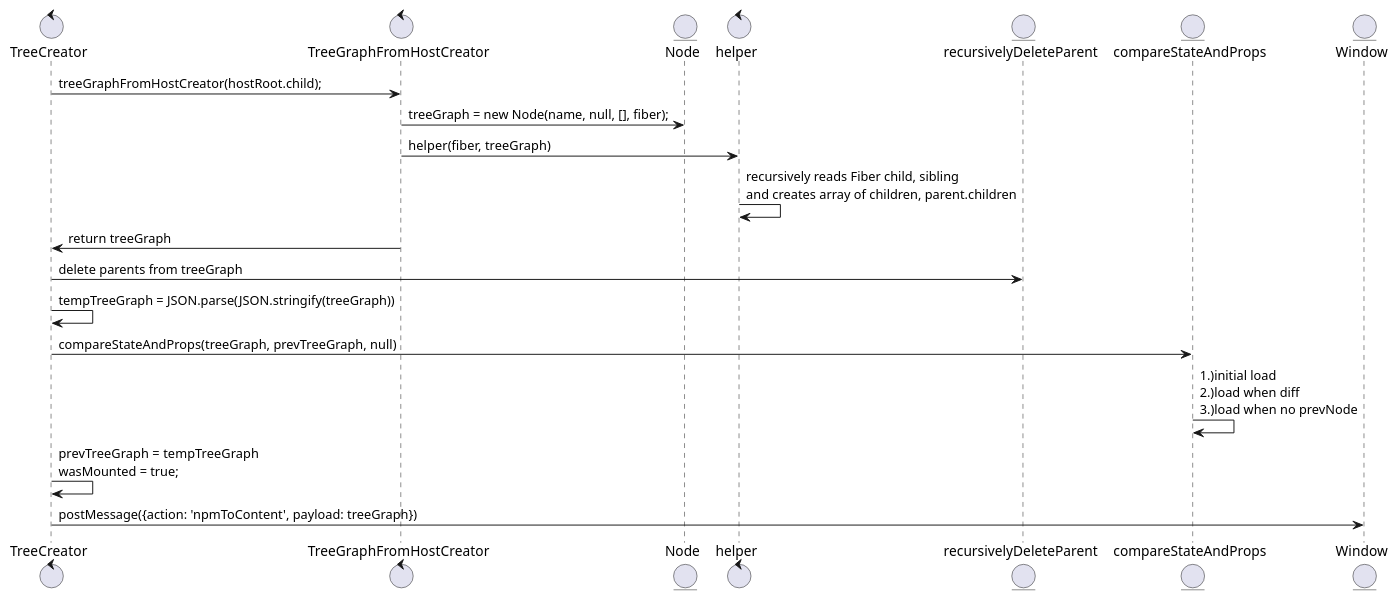
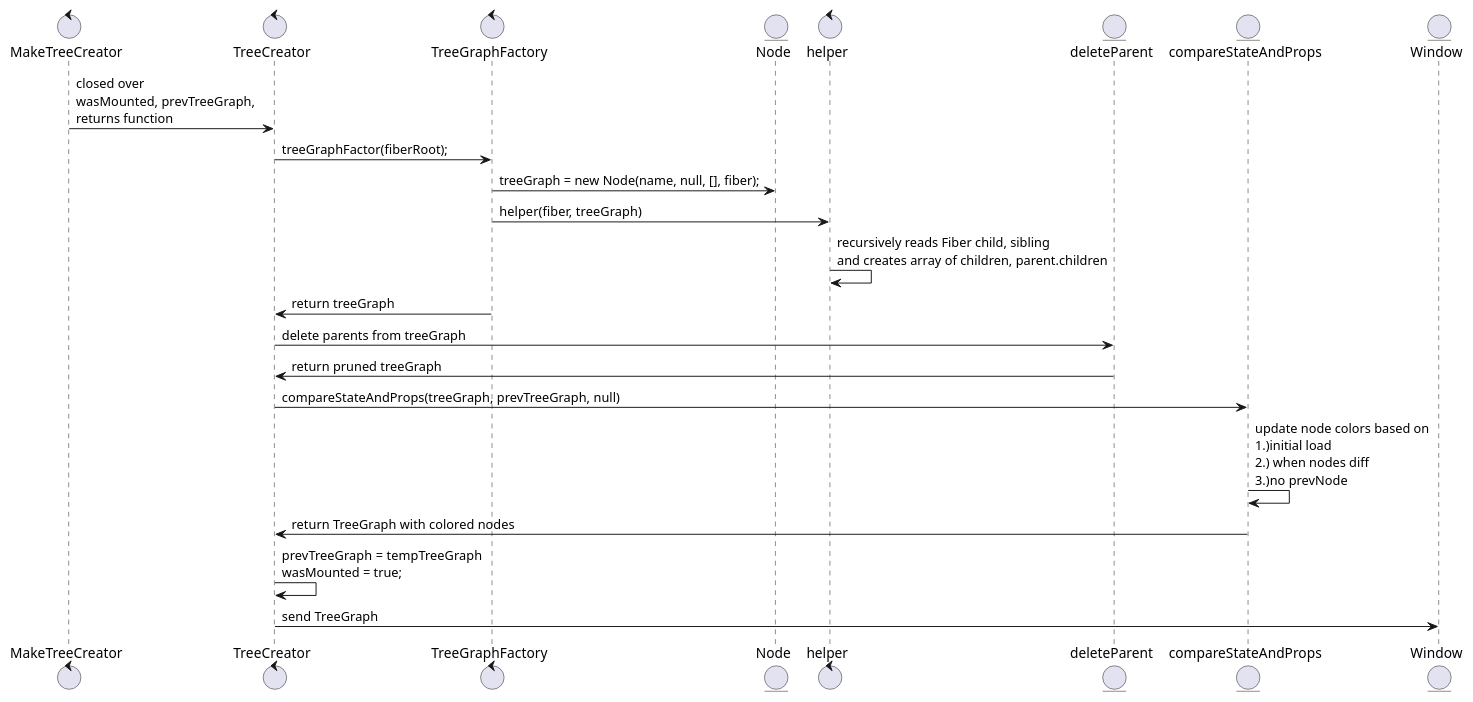
One commit to oslabs-beta/ReactMonitor changed the diagram in uml/treeCreator.plantuml. Above: the diagram before and after it, drawn with PlantUML. The commit also changed 7 other files, not shown here.

Commit message:
updated uml docs and removed console logs.

```diff
--- a/uml/treeCreator.plantuml
+++ b/uml/treeCreator.plantuml
@@ -1,23 +1,25 @@
 @startuml treeCreatorUML
-                                 
+
+control MakeTreeCreator                             
 control TreeCreator           
-control TreeGraphFromHostCreator  
+control TreeGraphFactory  
 entity Node  
 control helper
-entity recursivelyDeleteParent
+entity deleteParent
 entity compareStateAndProps
 entity Window
 
-
-TreeCreator -> TreeGraphFromHostCreator : treeGraphFromHostCreator(hostRoot.child);
-TreeGraphFromHostCreator -> Node : treeGraph = new Node(name, null, [], fiber);
-TreeGraphFromHostCreator -> helper: helper(fiber, treeGraph)
+MakeTreeCreator -> TreeCreator : closed over \nwasMounted, prevTreeGraph, \nreturns function 
+TreeCreator -> TreeGraphFactory : treeGraphFactor(fiberRoot);
+TreeGraphFactory -> Node : treeGraph = new Node(name, null, [], fiber);
+TreeGraphFactory -> helper: helper(fiber, treeGraph)
 helper -> helper: recursively reads Fiber child, sibling \nand creates array of children, parent.children
-TreeCreator <- TreeGraphFromHostCreator: return treeGraph
-TreeCreator -> recursivelyDeleteParent: delete parents from treeGraph
-TreeCreator -> TreeCreator: tempTreeGraph = JSON.parse(JSON.stringify(treeGraph))
+TreeCreator <- TreeGraphFactory: return treeGraph
+TreeCreator -> deleteParent: delete parents from treeGraph
+TreeCreator <- deleteParent: return pruned treeGraph
 TreeCreator -> compareStateAndProps: compareStateAndProps(treeGraph, prevTreeGraph, null)
-compareStateAndProps -> compareStateAndProps: 1.)initial load  \n2.)load when diff \n3.)load when no prevNode
+compareStateAndProps -> compareStateAndProps: update node colors based on \n1.)initial load  \n2.) when nodes diff \n3.)no prevNode
+TreeCreator <- compareStateAndProps: return TreeGraph with colored nodes
 TreeCreator -> TreeCreator: prevTreeGraph = tempTreeGraph \nwasMounted = true;
-TreeCreator -> Window: postMessage({action: 'npmToContent', payload: treeGraph})
+TreeCreator -> Window: send TreeGraph
 @enduml
```
